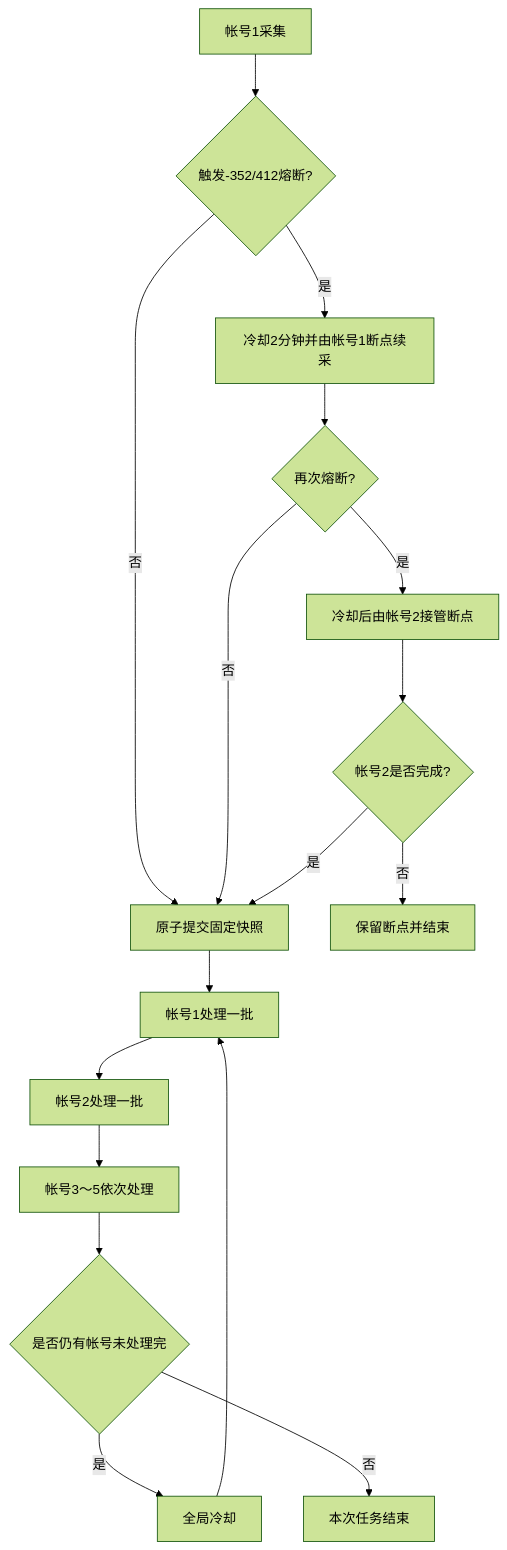
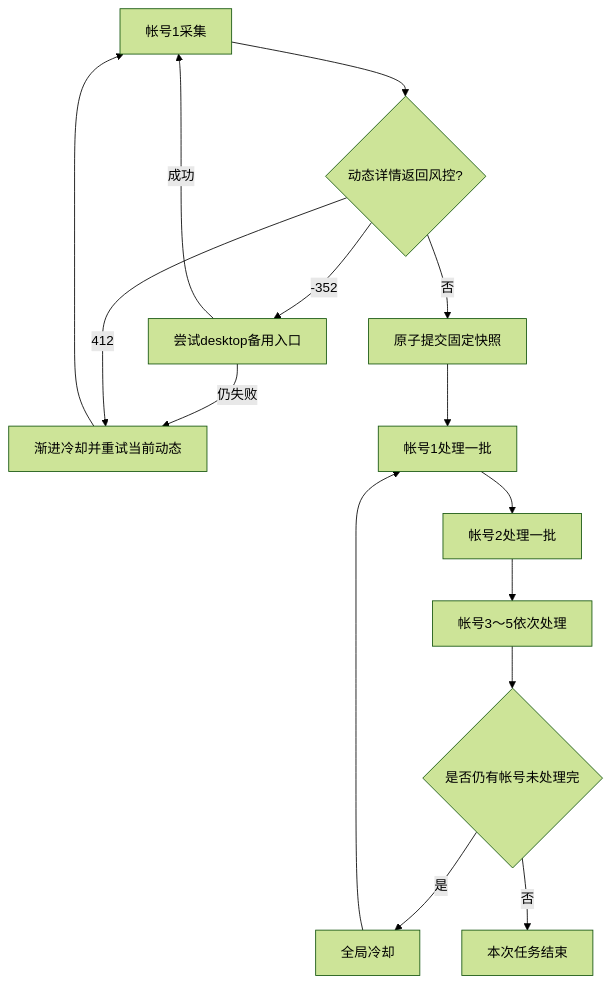
The diagram in README.md (ErEiSS-start/LotteryAutoScript), drawn with Mermaid (forest theme) before and after one commit. The commit also changed other lines of this file and 9 other files, not shown here.

````diff
--- a/README.md
+++ b/README.md
@@ -54,19 +54,17 @@
 ```mermaid
 flowchart TD
-    A[帐号1采集] --> R{触发-352/412熔断?}
+    A[帐号1采集] --> R{动态详情返回风控?}
     R -- 否 --> B[原子提交固定快照]
-    R -- 是 --> W[冷却2分钟并由帐号1断点续采]
-    W --> S{再次熔断?}
-    S -- 否 --> B
-    S -- 是 --> T[冷却后由帐号2接管断点]
-    T --> U{帐号2是否完成?}
-    U -- 是 --> B
-    U -- 否 --> X[保留断点并结束]
+    R -- -352 --> W[尝试desktop备用入口]
+    W -- 成功 --> A
+    W -- 仍失败 --> S[渐进冷却并重试当前动态]
+    R -- 412 --> S
+    S --> A
     B --> C[帐号1处理一批]
     C --> D[帐号2处理一批]
     D --> E[帐号3～5依次处理]
     E --> F{是否仍有帐号未处理完}
     F -- 是 --> G[全局冷却]
     G --> C
     F -- 否 --> H[本次任务结束]
 ```
````
